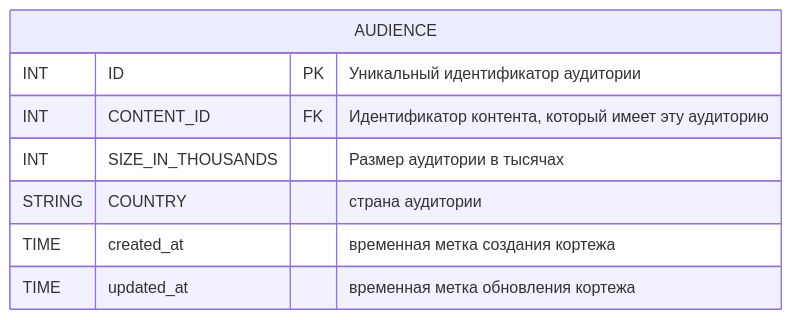
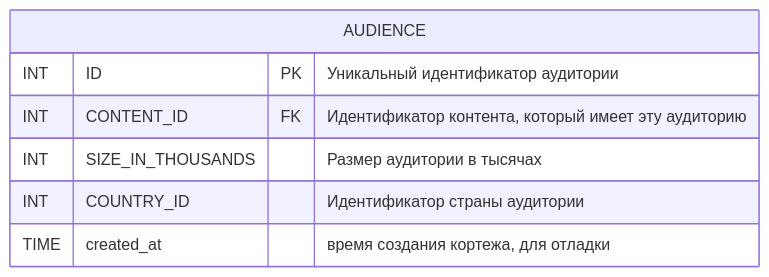
Before and after one commit to go-park-mail-ru/2024_1_Cyberkotletki: the first of 25 diagrams in db/normalized/relations.md, drawn with Mermaid. The commit also changed other lines of this file and 2 other files, not shown here.

````diff
--- a/db/normalized/relations.md
+++ b/db/normalized/relations.md
@@ -12,11 +20,10 @@
 ```mermaid
 erDiagram
     AUDIENCE {
         INT ID PK "Уникальный идентификатор аудитории"
         INT CONTENT_ID FK "Идентификатор контента, который имеет эту аудиторию"
         INT SIZE_IN_THOUSANDS "Размер аудитории в тысячах"
-        STRING COUNTRY "страна аудитории"
-        TIME created_at "временная метка создания кортежа"
-        TIME updated_at "временная метка обновления кортежа"
+        INT COUNTRY_ID "Идентификатор страны аудитории"
+        TIME created_at "время создания кортежа, для отладки"
     }
 ```
````
